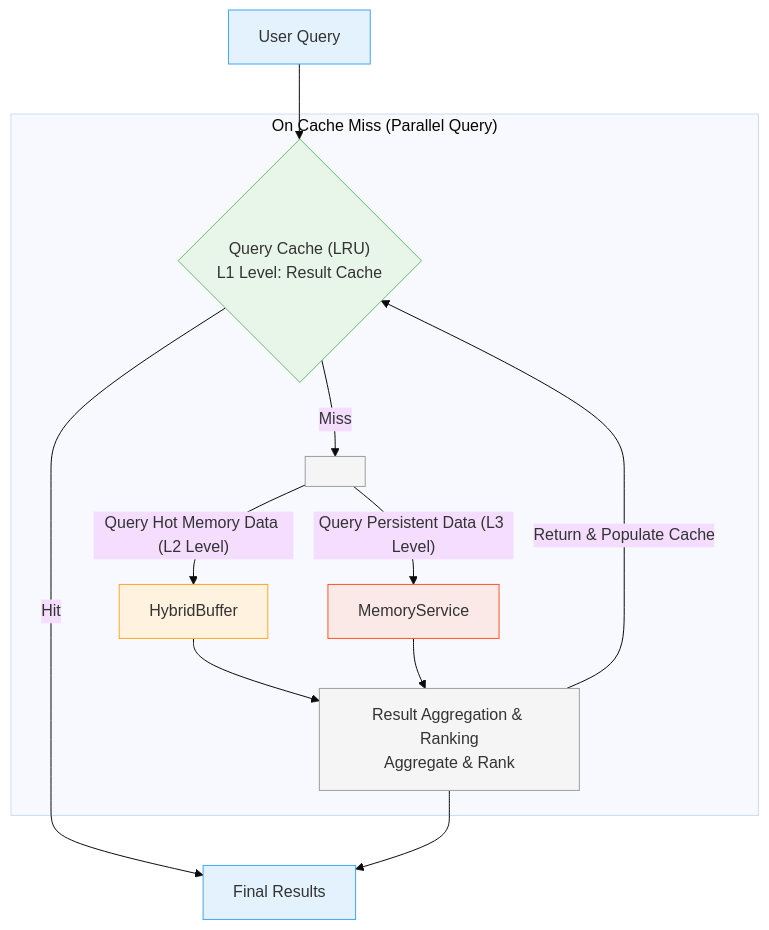
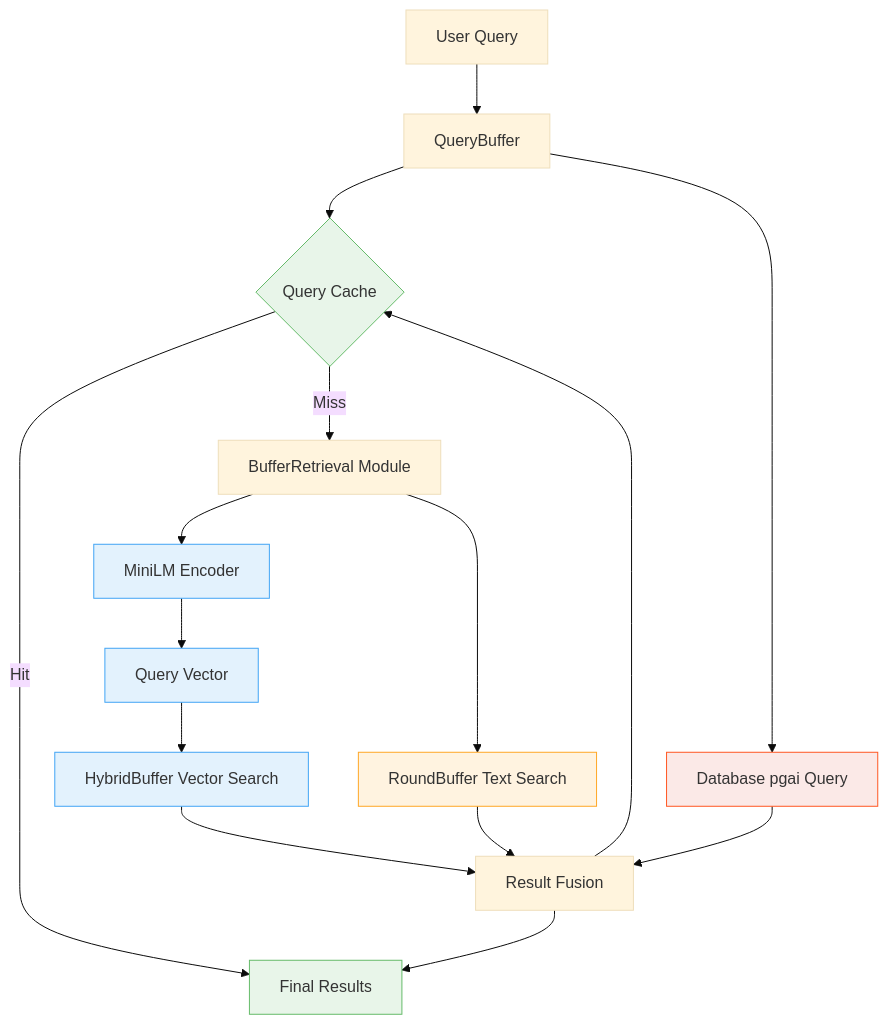
One commit to memfuse/memfuse changed the diagram in docs/architecture/buffer/query_buffer.md. Above: the diagram before and after it, drawn with Mermaid (base theme). The commit also changed other lines of this file and 9 other files, not shown here.

First line of the commit message:
feat(buffer): implement vector retrieval with RAG integration and fix empty query bug

````diff
--- a/docs/architecture/buffer/query_buffer.md
+++ b/docs/architecture/buffer/query_buffer.md
@@ -39,31 +19,32 @@
 ```mermaid
 graph TD
-    Query["User Query"] --> Cache{"Query Cache (LRU)<br/>L1 Level: Result Cache"}
-
-    Cache -->|"Hit"| Result["Final Results"]
-
-    subgraph miss_sub ["On Cache Miss (Parallel Query)"]
-        Cache -->|"Miss"| Fork[" "]
-        Fork -->|"Query Hot Memory Data (L2 Level)"| HB["HybridBuffer"]
-        Fork -->|"Query Persistent Data (L3 Level)"| MS["MemoryService"]
-
-        HB --> Merger["Result Aggregation & Ranking<br/>Aggregate & Rank"]
-        MS --> Merger
-    end
-
-    Merger -->|"Return & Populate Cache"| Cache
-    Merger --> Result
-
-    classDef l1_cache fill:#E8F5E9,stroke:#66BB6A
-    classDef l2_cache fill:#FFF3E0,stroke:#FFA726
-    classDef l3_cache fill:#FBE9E7,stroke:#FF5722
-    classDef query_node fill:#E3F2FD,stroke:#42A5F5
-    classDef process_node fill:#F5F5F5,stroke:#9E9E9E
-
-    class Query,Result query_node
-    class Cache l1_cache
-    class HB l2_cache
-    class MS l3_cache
-    class Merger process_node
-    class Fork process_node
+    Query[User Query] --> QBuffer[QueryBuffer]
+    QBuffer --> Cache{Query Cache}
+    
+    Cache -->|Hit| Results[Final Results]
+    Cache -->|Miss| BufferRet[BufferRetrieval Module]
+    
+    BufferRet --> Encoder[MiniLM Encoder]
+    Encoder --> Vector[Query Vector]
+    
+    Vector --> HybridVec[HybridBuffer Vector Search]
+    BufferRet --> RoundText[RoundBuffer Text Search]
+    QBuffer --> DBQuery[Database pgai Query]
+    
+    HybridVec --> Fusion[Result Fusion]
+    RoundText --> Fusion
+    DBQuery --> Fusion
+    
+    Fusion --> Cache
+    Fusion --> Results
+    
+    classDef vector fill:#E3F2FD,stroke:#42A5F5
+    classDef text fill:#FFF3E0,stroke:#FFA726
+    classDef db fill:#FBE9E7,stroke:#FF5722
+    classDef cache fill:#E8F5E9,stroke:#66BB6A
+    
+    class Vector,HybridVec,Encoder vector
+    class RoundText text
+    class DBQuery db
+    class Cache,Results cache
 ```
````
